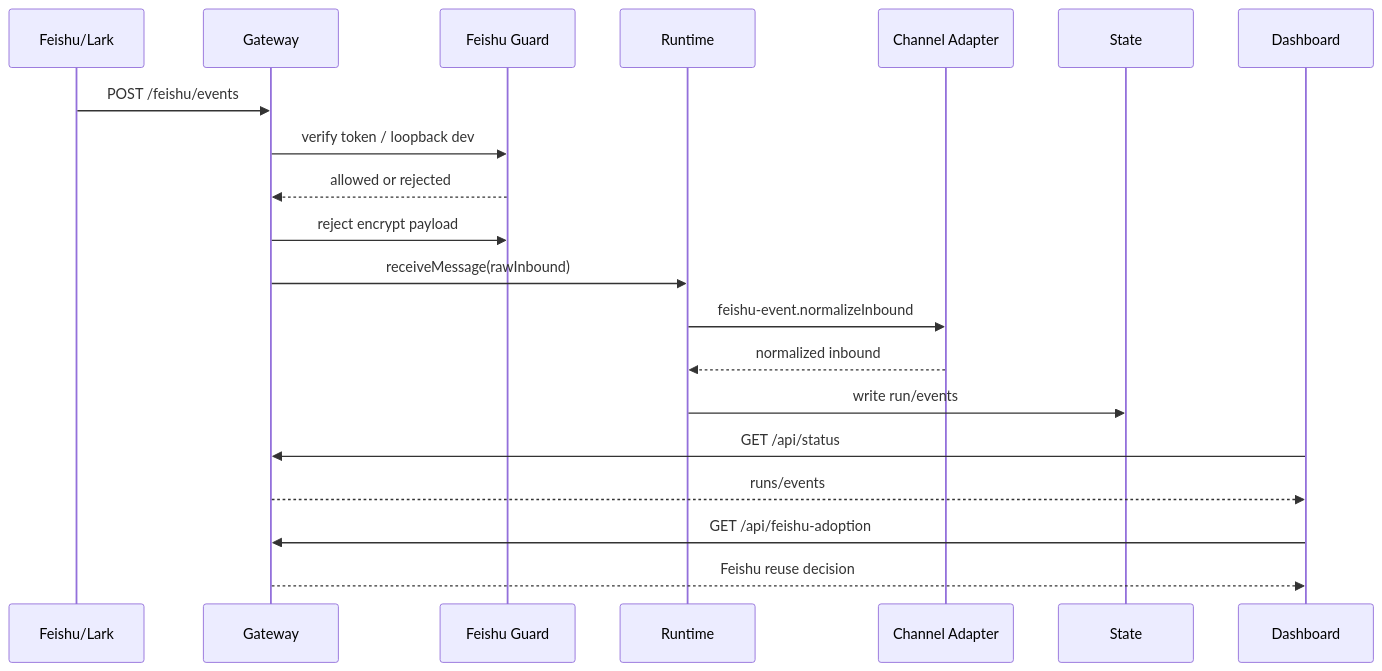
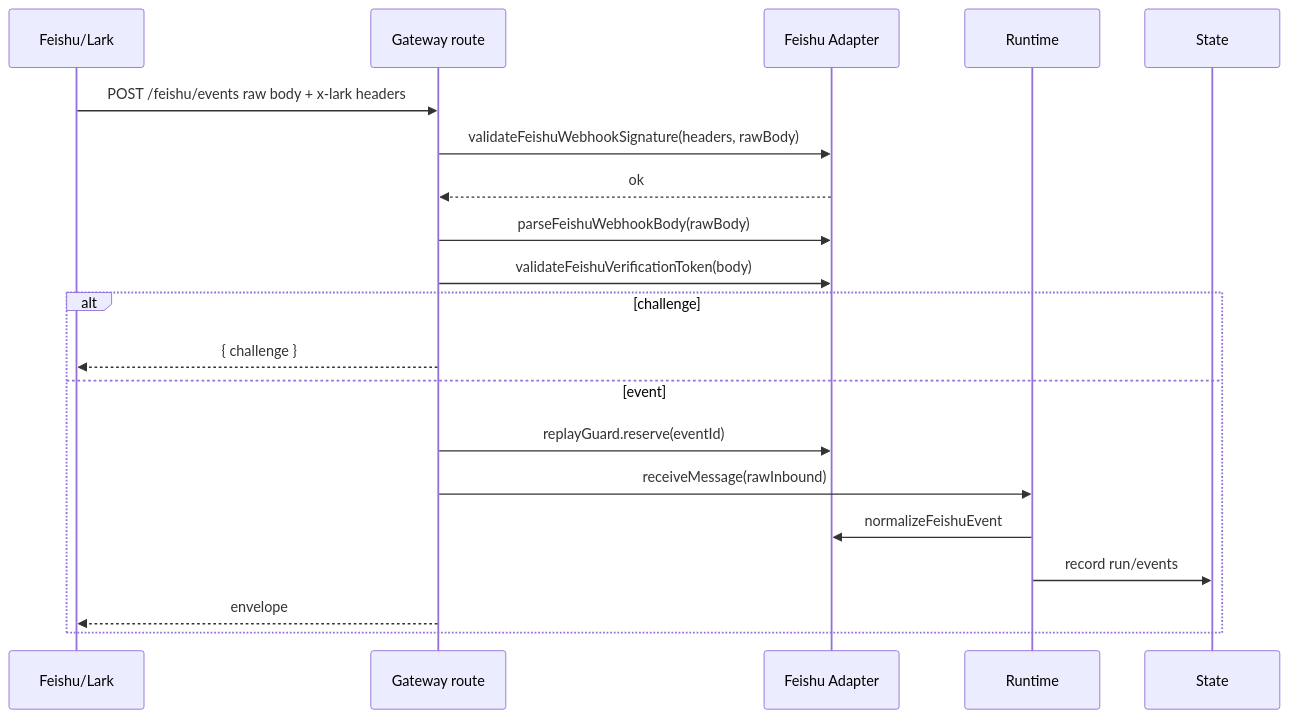
One commit to mayf3/myclaw changed the fourth of 8 diagrams in docs/implementation-architecture.md. Above: the diagram before and after it, drawn with Mermaid. The commit also changed other lines of this file and 38 other files, not shown here.

Commit message:
feat: add feishu adapter facade

````diff
--- a/docs/implementation-architecture.md
+++ b/docs/implementation-architecture.md
@@ -151,23 +140,23 @@
 ```mermaid
 sequenceDiagram
   participant F as Feishu/Lark
-  participant G as Gateway
-  participant A as Feishu Guard
+  participant G as Gateway route
+  participant A as Feishu Adapter
   participant R as Runtime
-  participant C as Channel Adapter
   participant S as State
-  participant D as Dashboard
 
-  F->>G: POST /feishu/events
-  G->>A: verify token / loopback dev
-  A-->>G: allowed or rejected
-  G->>A: reject encrypt payload
-  G->>R: receiveMessage(rawInbound)
-  R->>C: feishu-event.normalizeInbound
-  C-->>R: normalized inbound
-  R->>S: write run/events
-  D->>G: GET /api/status
-  G-->>D: runs/events
-  D->>G: GET /api/feishu-adoption
-  G-->>D: Feishu reuse decision
+  F->>G: POST /feishu/events raw body + x-lark headers
+  G->>A: validateFeishuWebhookSignature(headers, rawBody)
+  A-->>G: ok
+  G->>A: parseFeishuWebhookBody(rawBody)
+  G->>A: validateFeishuVerificationToken(body)
+  alt challenge
+    G-->>F: { challenge }
+  else event
+    G->>A: replayGuard.reserve(eventId)
+    G->>R: receiveMessage(rawInbound)
+    R->>A: normalizeFeishuEvent
+    R->>S: record run/events
+    G-->>F: envelope
+  end
 ```
````
